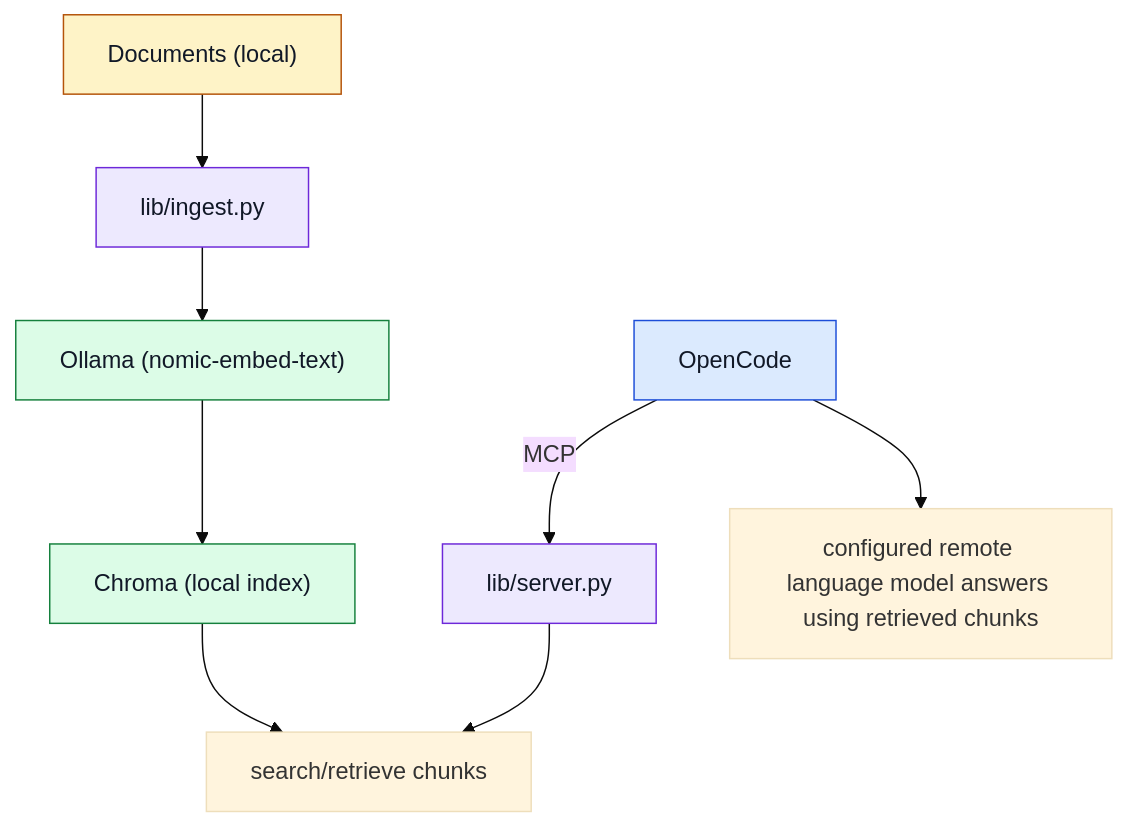
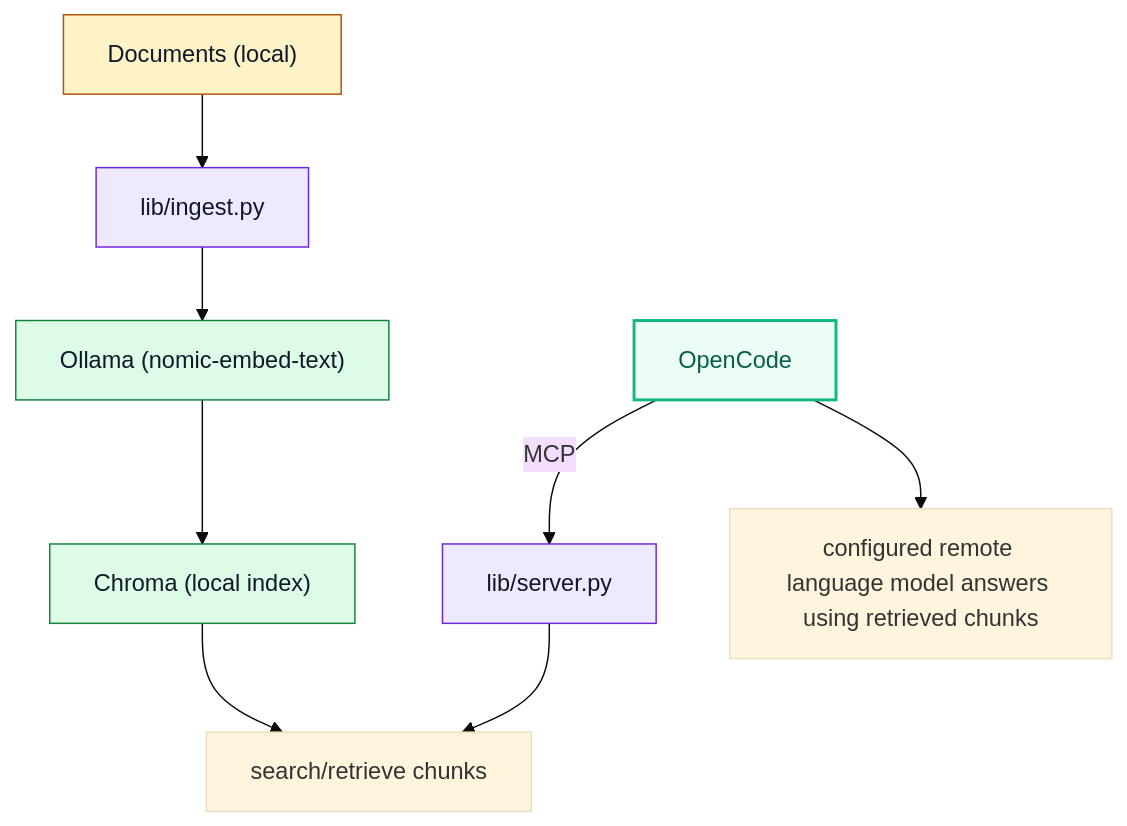
One commit to andrepester/rag-search-mcp changed the diagram in README.md. Above: the diagram before and after it, drawn with Mermaid (base theme).

Commit message:
docs: style OpenCode node with CI-like green accent

````diff
--- a/README.md
+++ b/README.md
@@ -13,22 +13,22 @@
 ```mermaid
 flowchart TD
     A["Documents (local)"] --> B["lib/ingest.py"]
     B --> C["Ollama (nomic-embed-text)"]
     C --> D["Chroma (local index)"]
 
     E["OpenCode"] -->|MCP| F["lib/server.py"]
     F --> G["search/retrieve chunks"]
     D --> G
 
     E --> H["configured remote language model answers using retrieved chunks"]
 
     classDef docs fill:#fef3c7,stroke:#b45309,stroke-width:1px,color:#111827;
-    classDef opencode fill:#dbeafe,stroke:#1d4ed8,stroke-width:1px,color:#111827;
+    classDef opencode fill:#ecfdf5,stroke:#10b981,stroke-width:2px,color:#065f46;
     classDef vector fill:#dcfce7,stroke:#15803d,stroke-width:1px,color:#111827;
     classDef libs fill:#ede9fe,stroke:#6d28d9,stroke-width:1px,color:#111827;
 
     class A docs;
     class E opencode;
     class C,D vector;
     class B,F libs;
 ```
````
